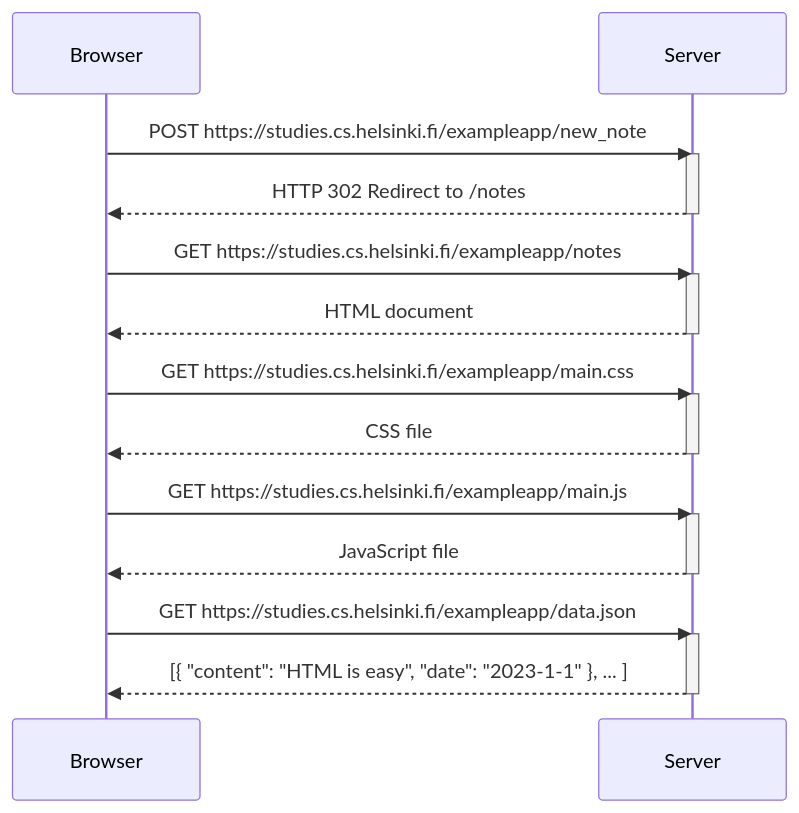
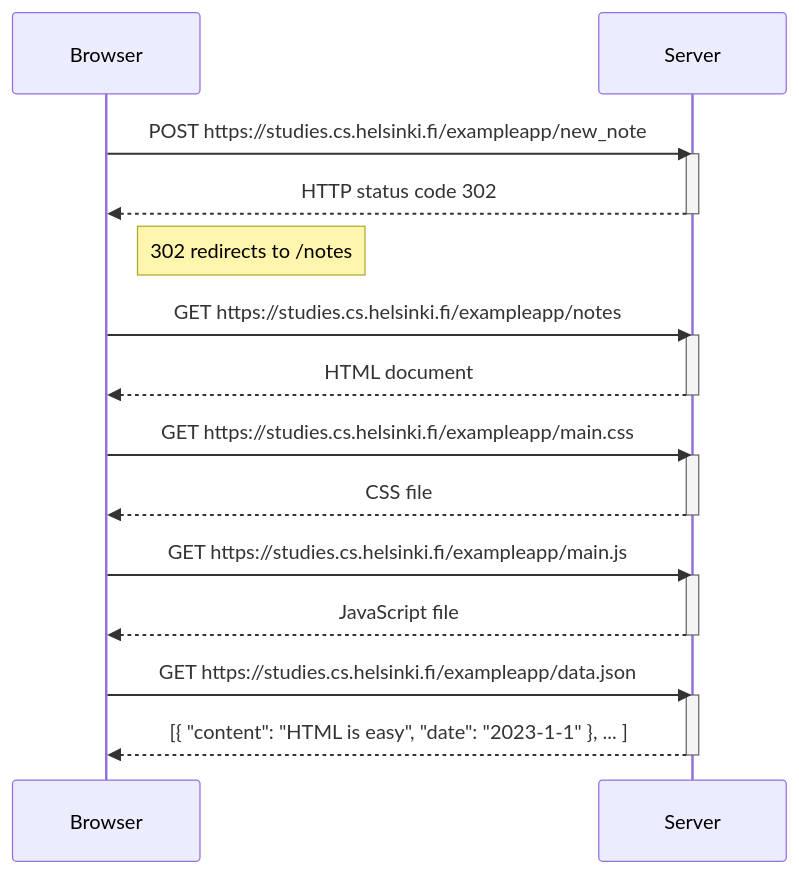
Before and after one commit to karloag/FullStackOpen_part0: the diagram in 0.4 New Note diagram.md, drawn with Mermaid.

````diff
--- a/0.4 New Note diagram.md
+++ b/0.4 New Note diagram.md
@@ -1,31 +1,33 @@
 ``` mermaid
 
    sequenceDiagram
     participant Browser
     participant Server
 
     Browser->>Server: POST https://studies.cs.helsinki.fi/exampleapp/new_note
     activate Server
-    Server-->>Browser: HTTP 302 Redirect to /notes
+    Server-->>Browser: HTTP status code 302 
     deactivate Server
+    
+    note right of Browser: 302 redirects to /notes
     
     Browser->>Server: GET https://studies.cs.helsinki.fi/exampleapp/notes
     activate Server
     Server-->>Browser: HTML document
     deactivate Server
     
     Browser->>Server: GET https://studies.cs.helsinki.fi/exampleapp/main.css
     activate Server
     Server-->>Browser: CSS file
     deactivate Server
 
     Browser->>Server: GET https://studies.cs.helsinki.fi/exampleapp/main.js
     activate Server
     Server-->>Browser: JavaScript file
     deactivate Server
     
     Browser->>Server: GET https://studies.cs.helsinki.fi/exampleapp/data.json
     activate Server
     Server-->>Browser: [{ "content": "HTML is easy", "date": "2023-1-1" }, ... ]
     deactivate Server
    ```
````
